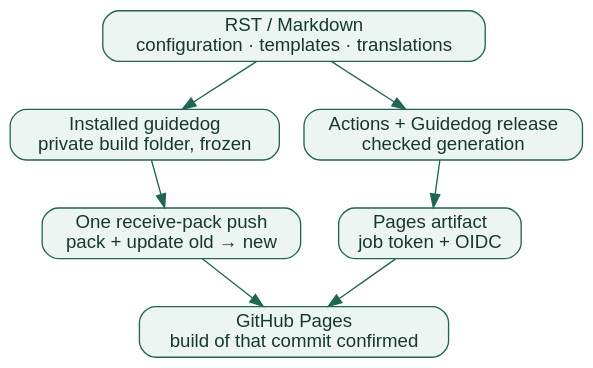
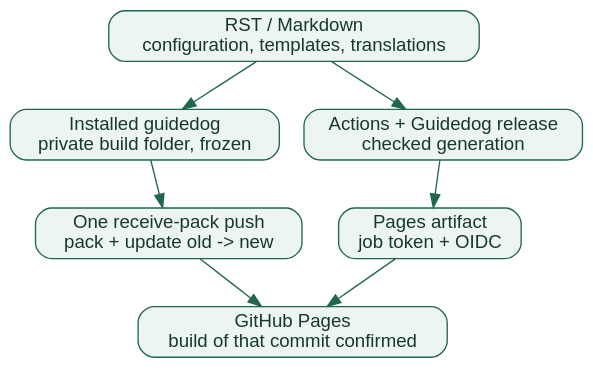
The first of 2 diagrams in docs/gds/records/0008-github-pages-publishing.rst (insanai/guidedog), drawn with Graphviz before and after one commit. The commit also changed other lines of this file and 99 other files, not shown here.

```diff
--- a/docs/gds/records/0008-github-pages-publishing.rst
+++ b/docs/gds/records/0008-github-pages-publishing.rst
@@ -139,18 +139,18 @@
 .. graphviz::
    :caption: Both routes publish a successful Guidedog generation.
    :alt: Local builds publish through a branch push; Actions builds publish through an artifact.
 
    digraph routes {
      graph [rankdir=TB, bgcolor="transparent", pad="0.3"];
      node [shape=box, style="rounded,filled", fillcolor="#edf5f2",
            color="#216553", fontname="Helvetica", fontcolor="#16382f"];
      edge [color="#216553"];
-     sources [label="RST / Markdown\nconfiguration · templates · translations"];
+     sources [label="RST / Markdown\nconfiguration, templates, translations"];
      local [label="Installed guidedog\nprivate build folder, frozen"];
      ci [label="Actions + Guidedog release\nchecked generation"];
-     branch [label="One receive-pack push\npack + update old → new"];
+     branch [label="One receive-pack push\npack + update old -> new"];
      artifact [label="Pages artifact\njob token + OIDC"];
      pages [label="GitHub Pages\nbuild of that commit confirmed"];
      sources -> local -> branch -> pages;
      sources -> ci -> artifact -> pages;
    }
```
